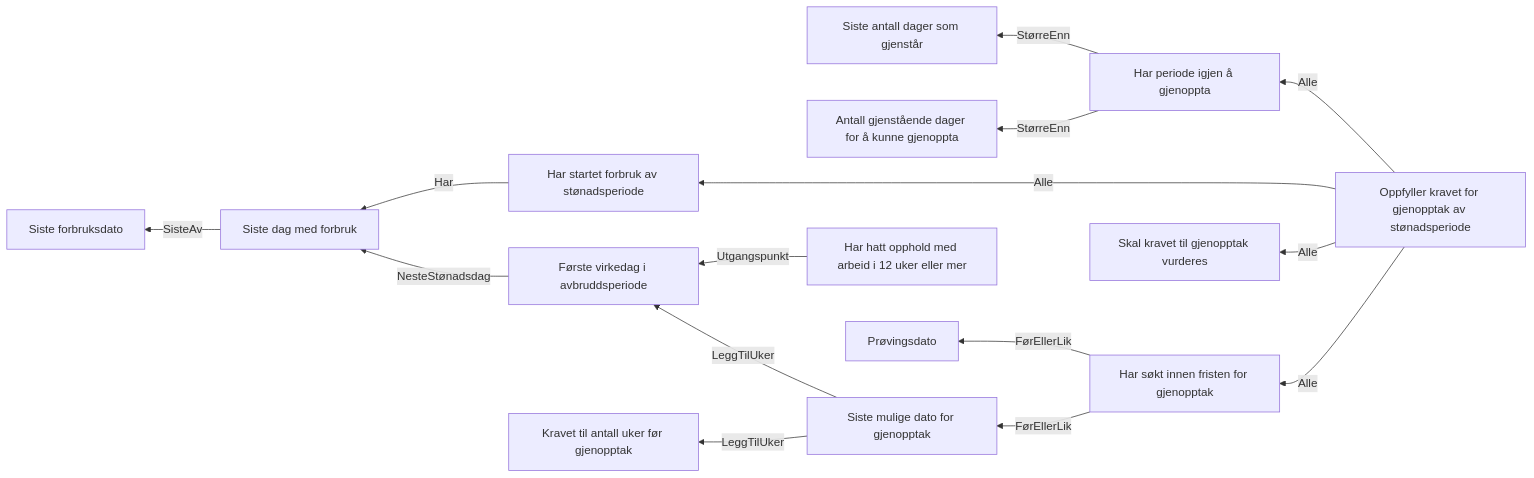
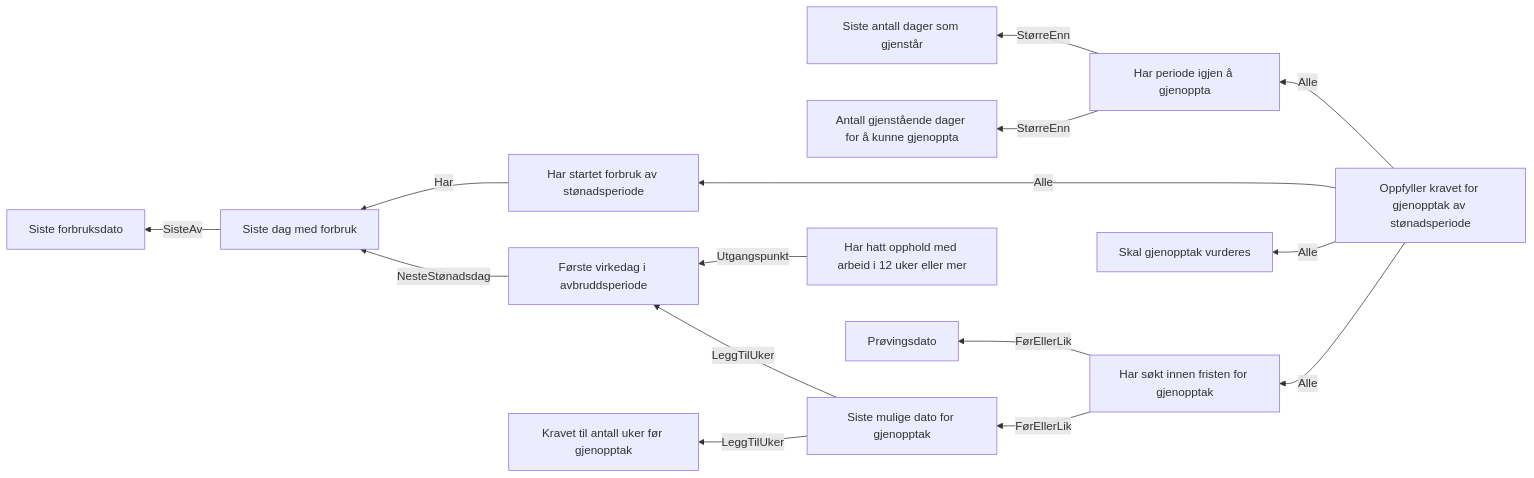
The diagram in docs/regler/§ 4-16. Gjenopptak av løpende stønadsperiode som er avbrutt.approved.md (navikt/dp-behandling), drawn with Mermaid before and after one commit. The commit also changed 44 other files, not shown here.

````diff
--- a/docs/regler/§ 4-16. Gjenopptak av løpende stønadsperiode som er avbrutt.approved.md
+++ b/docs/regler/§ 4-16. Gjenopptak av løpende stønadsperiode som er avbrutt.approved.md
@@ -5,17 +5,17 @@
 ```mermaid
 graph RL
   A["Har startet forbruk av stønadsperiode"] -->|"Har"| B["Siste dag med forbruk"]
   C["Har periode igjen å gjenoppta"] -->|"StørreEnn"| D["Siste antall dager som gjenstår"]
   C["Har periode igjen å gjenoppta"] -->|"StørreEnn"| E["Antall gjenstående dager for å kunne gjenoppta"]
   F["Har hatt opphold med arbeid i 12 uker eller mer"] -->|"Utgangspunkt"| G["Første virkedag i avbruddsperiode"]
   B["Siste dag med forbruk"] -->|"SisteAv"| H["Siste forbruksdato"]
   G["Første virkedag i avbruddsperiode"] -->|"NesteStønadsdag"| B["Siste dag med forbruk"]
   I["Siste mulige dato for gjenopptak"] -->|"LeggTilUker"| G["Første virkedag i avbruddsperiode"]
   I["Siste mulige dato for gjenopptak"] -->|"LeggTilUker"| J["Kravet til antall uker før gjenopptak"]
   K["Har søkt innen fristen for gjenopptak"] -->|"FørEllerLik"| L["Prøvingsdato"]
   K["Har søkt innen fristen for gjenopptak"] -->|"FørEllerLik"| I["Siste mulige dato for gjenopptak"]
   M["Oppfyller kravet for gjenopptak av stønadsperiode"] -->|"Alle"| A["Har startet forbruk av stønadsperiode"]
   M["Oppfyller kravet for gjenopptak av stønadsperiode"] -->|"Alle"| C["Har periode igjen å gjenoppta"]
   M["Oppfyller kravet for gjenopptak av stønadsperiode"] -->|"Alle"| K["Har søkt innen fristen for gjenopptak"]
-  M["Oppfyller kravet for gjenopptak av stønadsperiode"] -->|"Alle"| N["Skal kravet til gjenopptak vurderes"]
+  M["Oppfyller kravet for gjenopptak av stønadsperiode"] -->|"Alle"| N["Skal gjenopptak vurderes"]
 ```
````
